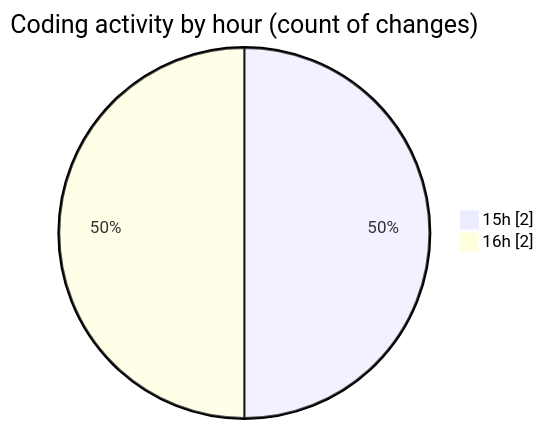
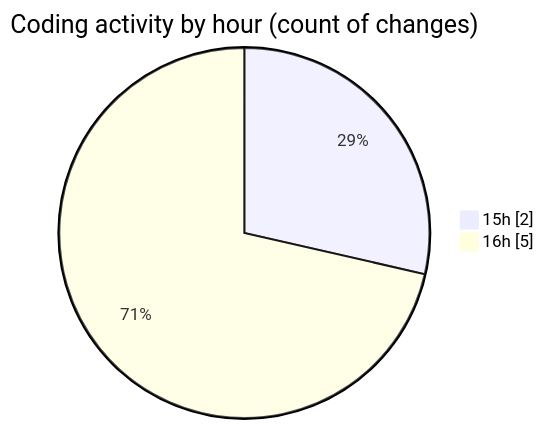
One commit to donsfak/code-tracking changed the second of 2 diagrams in 2025-10-19/weather_insights_app/README.md. Above: the diagram before and after it, drawn with Mermaid. The commit also changed other lines of this file and 1 other file, not shown here.

````diff
--- a/2025-10-19/weather_insights_app/README.md
+++ b/2025-10-19/weather_insights_app/README.md
@@ -31,6 +34,6 @@
 ```mermaid
 pie showData
 title Coding activity by hour (count of changes)
 "15h" : 2
-"16h" : 2
+"16h" : 5
 ```
````
